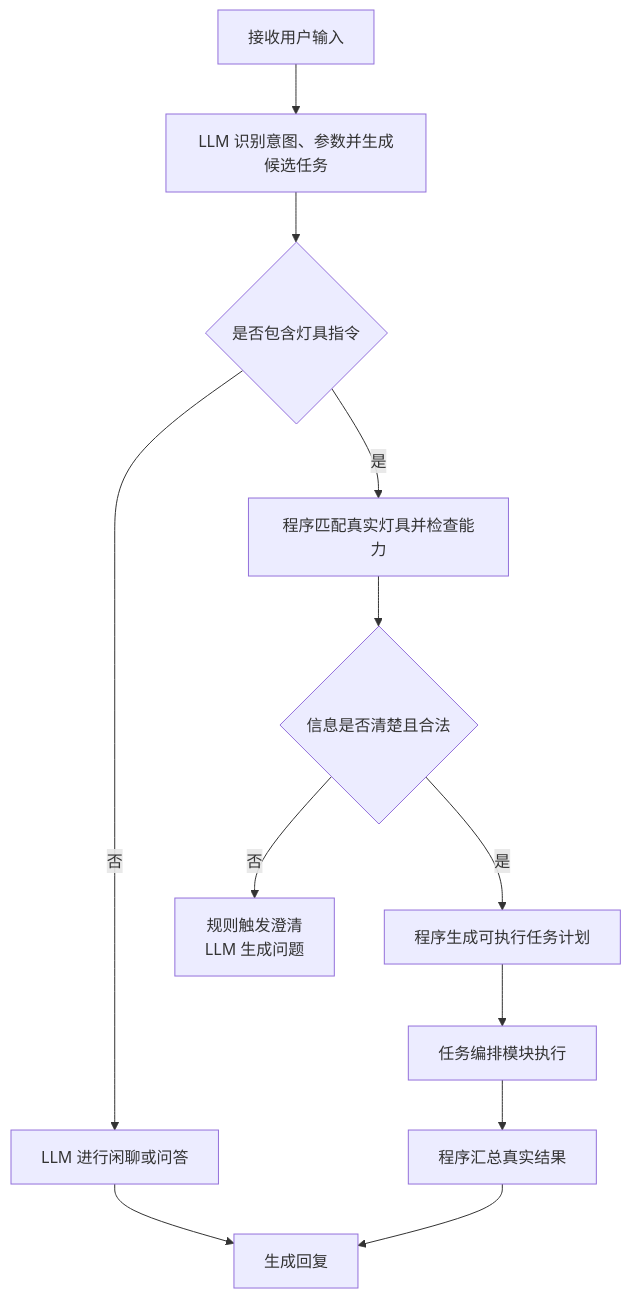
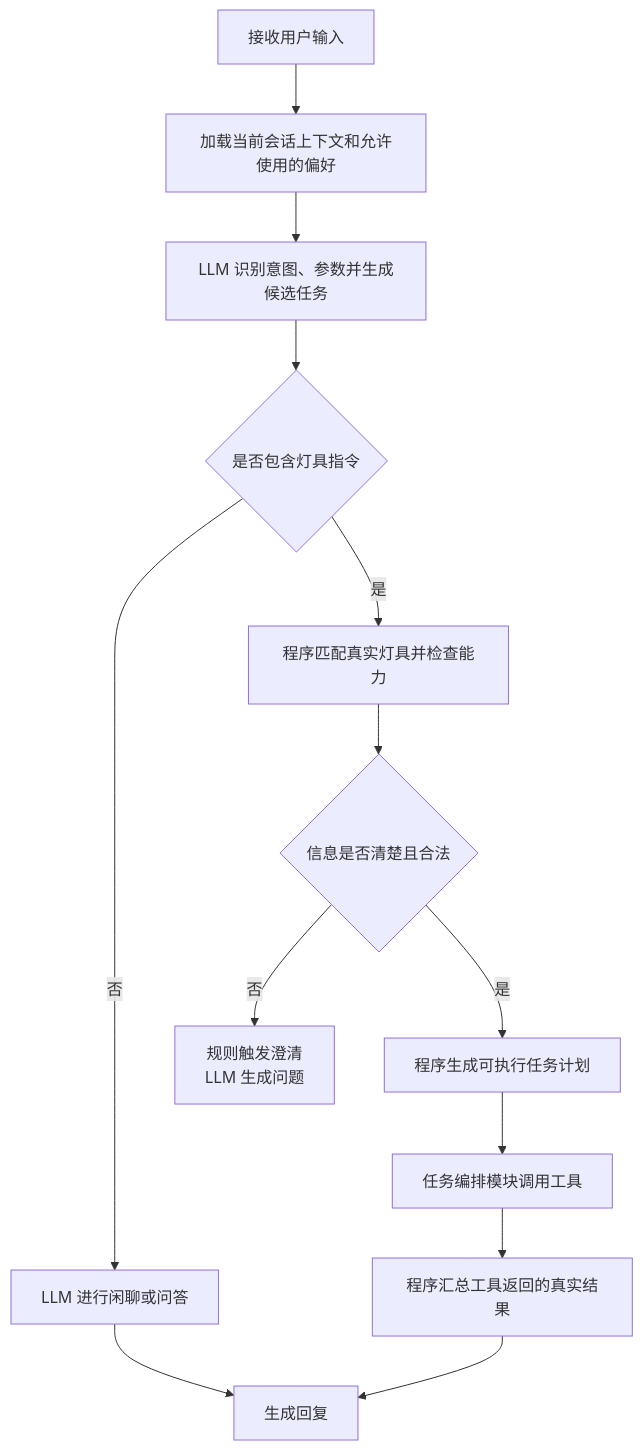
The second of 2 diagrams in 灯具控制与多指令Agent架构设计.md (Mrlittlezhuo/Smart-Home-AI-Assistant), drawn with Mermaid before and after one commit. The commit also changed other lines of this file, not shown here.

````diff
--- a/灯具控制与多指令Agent架构设计.md
+++ b/灯具控制与多指令Agent架构设计.md
@@ -258,14 +331,15 @@
 ```mermaid
 flowchart TD
-    A[接收用户输入] --> C[LLM 识别意图、参数并生成候选任务]
+    A[接收用户输入] --> B[加载当前会话上下文和允许使用的偏好]
+    B --> C[LLM 识别意图、参数并生成候选任务]
     C --> D{是否包含灯具指令}
     D -->|否| E[LLM 进行闲聊或问答]
     D -->|是| F[程序匹配真实灯具并检查能力]
     F --> G{信息是否清楚且合法}
     G -->|否| H[规则触发澄清<br/>LLM 生成问题]
     G -->|是| I[程序生成可执行任务计划]
-    I --> J[任务编排模块执行]
-    J --> K[程序汇总真实结果]
+    I --> J[任务编排模块调用工具]
+    J --> K[程序汇总工具返回的真实结果]
     E --> L[生成回复]
     K --> L
 ```
````
